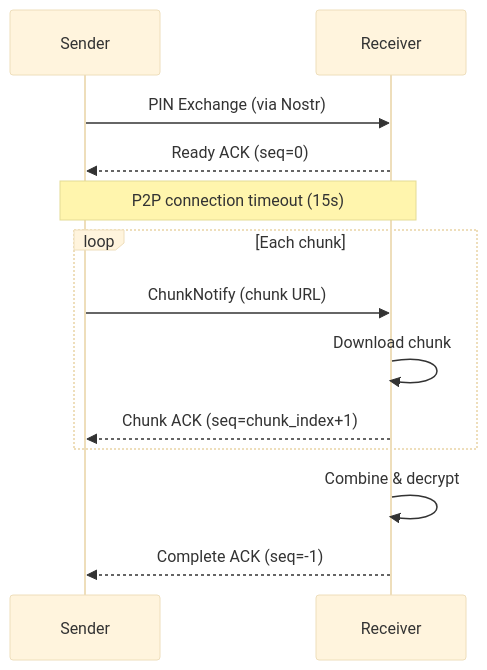
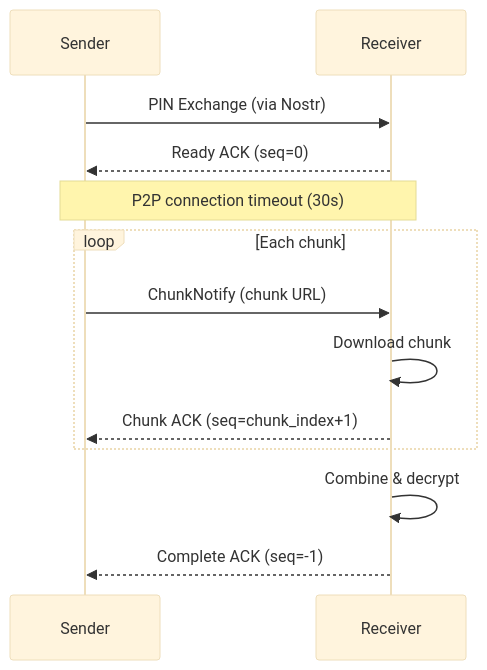
One commit to andrewtheguy/secure-send-web changed the second of 5 diagrams in docs/ARCHITECTURE.md. Above: the diagram before and after it, drawn with Mermaid (base theme). The commit also changed other lines of this file, not shown here.

````diff
--- a/docs/ARCHITECTURE.md
+++ b/docs/ARCHITECTURE.md
@@ -48,15 +48,15 @@
 ```mermaid
 sequenceDiagram
     participant Sender
     participant Receiver
     Sender->>Receiver: PIN Exchange (via Nostr)
     Receiver-->>Sender: Ready ACK (seq=0)
-    Note over Sender,Receiver: P2P connection timeout (15s)
+    Note over Sender,Receiver: P2P connection timeout (30s)
     loop Each chunk
         Sender->>Receiver: ChunkNotify (chunk URL)
         Receiver->>Receiver: Download chunk
         Receiver-->>Sender: Chunk ACK (seq=chunk_index+1)
     end
     Receiver->>Receiver: Combine & decrypt
     Receiver-->>Sender: Complete ACK (seq=-1)
 ```
````
